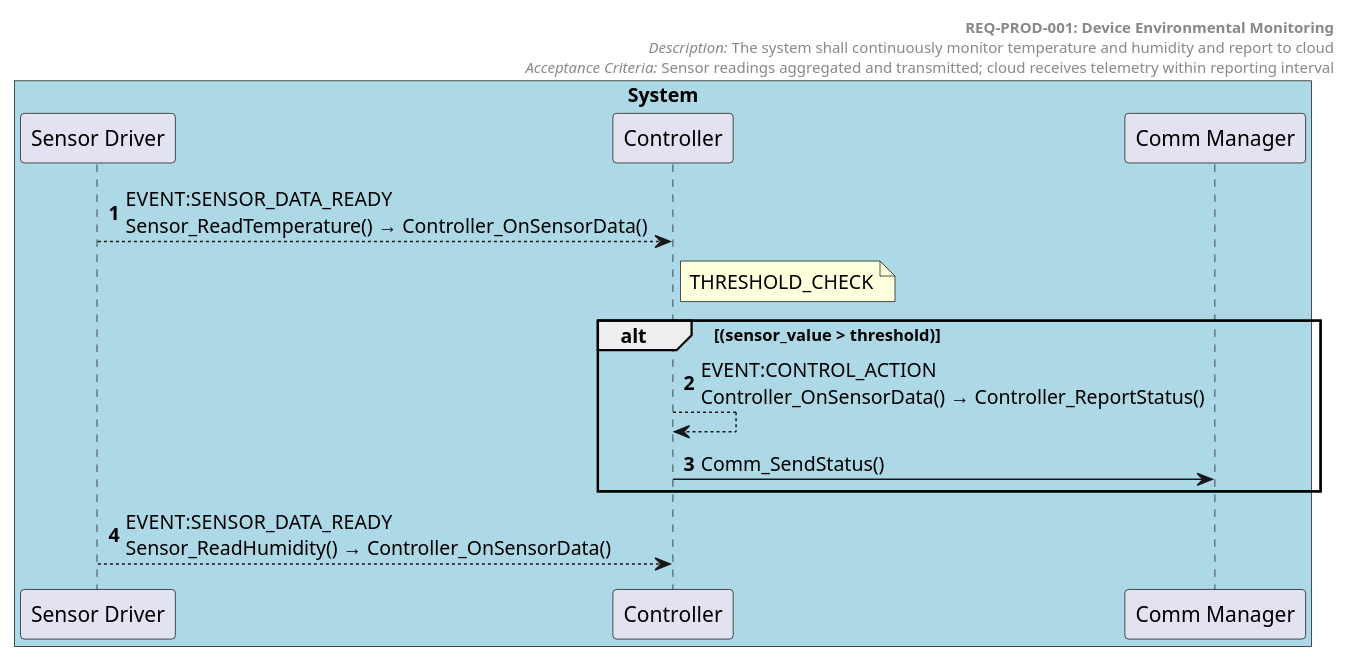
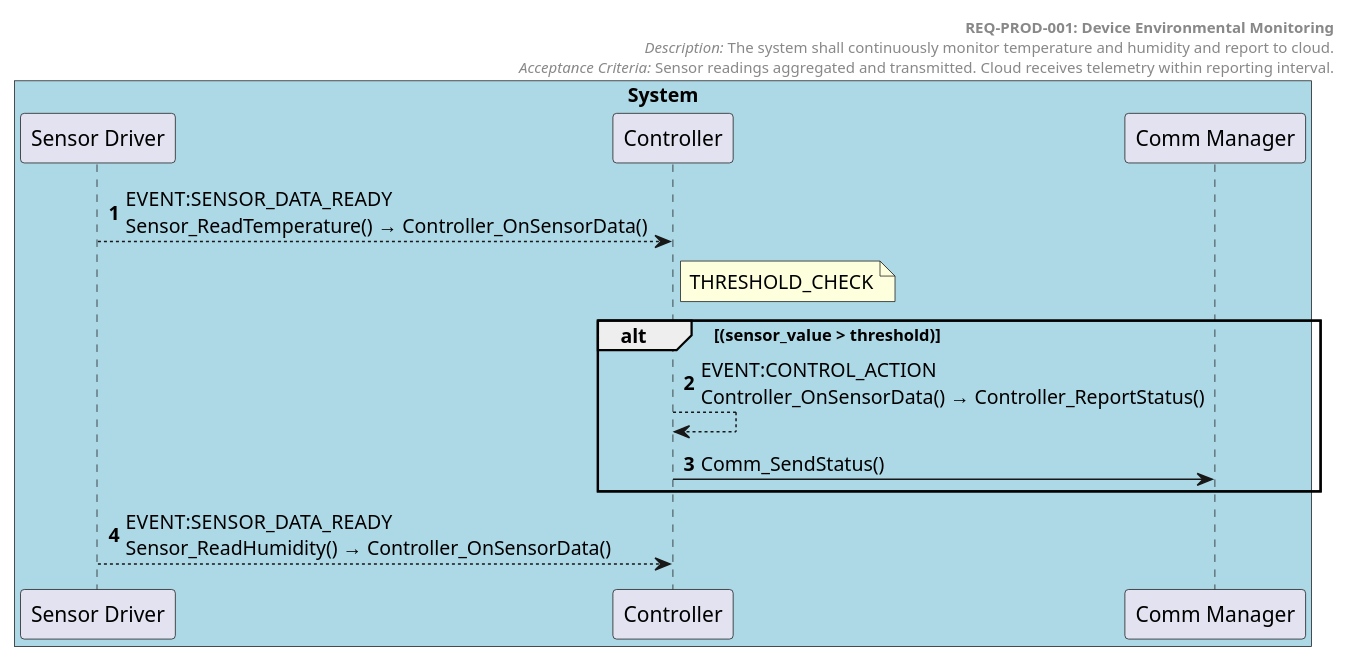
The diagram in docs/generated/sequences/REQ-PROD-001.puml (tvanfossen/doxygen-guard-example), drawn with PlantUML before and after one commit. The commit also changed 19 other files, not shown here.

```diff
--- a/docs/generated/sequences/REQ-PROD-001.puml
+++ b/docs/generated/sequences/REQ-PROD-001.puml
@@ -1,25 +1,25 @@
 @startuml REQ-PROD-001 Device Environmental Monitoring
 autonumber
 
 box "System" #LightBlue
   participant "Sensor Driver" as Sensor_Driver
   participant "Controller" as Controller
   participant "Comm Manager" as Comm_Manager
 end box
 
 header
   **REQ-PROD-001: Device Environmental Monitoring**
-  //Description:// The system shall continuously monitor temperature and humidity and report to cloud
-  //Acceptance Criteria:// Sensor readings aggregated and transmitted; cloud receives telemetry within reporting interval
+  //Description:// The system shall continuously monitor temperature and humidity and report to cloud.
+  //Acceptance Criteria:// Sensor readings aggregated and transmitted. Cloud receives telemetry within reporting interval.
 end header
 
 
 Sensor_Driver --> Controller: EVENT:SENSOR_DATA_READY\nSensor_ReadTemperature() → Controller_OnSensorData()
 note right of Controller: THRESHOLD_CHECK
 alt (sensor_value > threshold)
 Controller --> Controller: EVENT:CONTROL_ACTION\nController_OnSensorData() → Controller_ReportStatus()
 Controller -> Comm_Manager: Comm_SendStatus()
 end alt
 Sensor_Driver --> Controller: EVENT:SENSOR_DATA_READY\nSensor_ReadHumidity() → Controller_OnSensorData()
 
 @enduml
```
